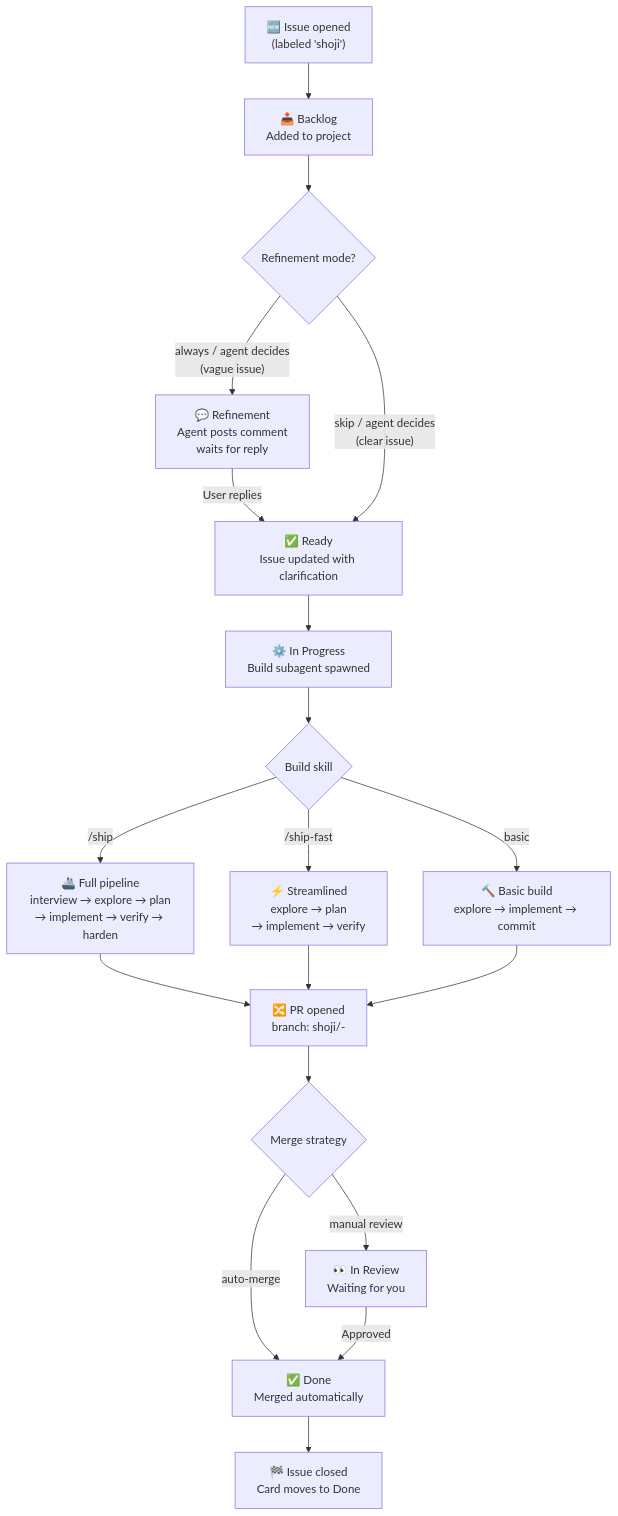
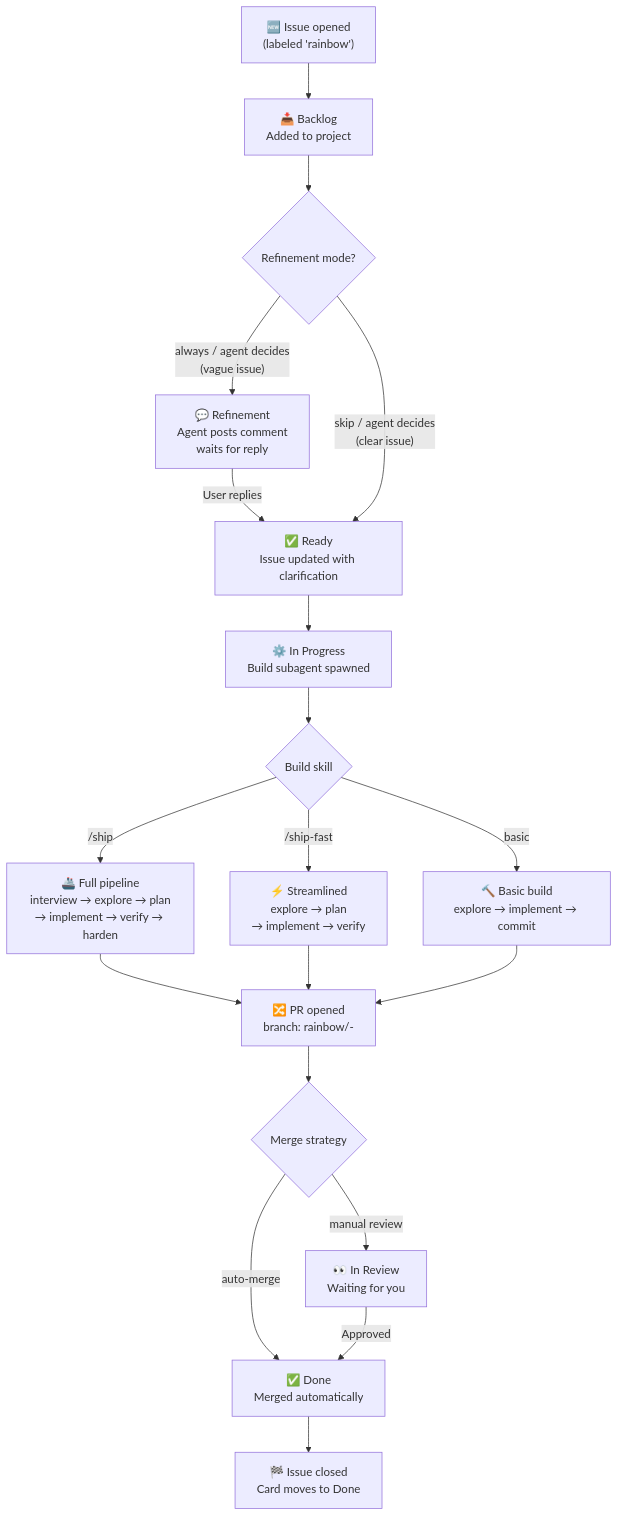
One commit to amajorai/rainbow.md changed the diagram in README.md. Above: the diagram before and after it, drawn with Mermaid. The commit also changed other lines of this file and 1 other file, not shown here.

Commit message:
feat: rename shoji to rainbow throughout

````diff
--- a/README.md
+++ b/README.md
@@ -93,19 +93,19 @@
 ```mermaid
 flowchart TD
-    A["🆕 Issue opened\n(labeled 'shoji')"] --> B["📥 Backlog\nAdded to project"]
+    A["🆕 Issue opened\n(labeled 'rainbow')"] --> B["📥 Backlog\nAdded to project"]
     B --> C{Refinement mode?}
     C -->|"always / agent decides\n(vague issue)"| D["💬 Refinement\nAgent posts comment\nwaits for reply"]
     D -->|"User replies"| E["✅ Ready\nIssue updated with clarification"]
     C -->|"skip / agent decides\n(clear issue)"| E
     E --> F["⚙️ In Progress\nBuild subagent spawned"]
     F --> G{Build skill}
     G -->|/ship| H["🚢 Full pipeline\ninterview → explore → plan\n→ implement → verify → harden"]
     G -->|/ship-fast| I["⚡ Streamlined\nexplore → plan\n→ implement → verify"]
     G -->|basic| J["🔨 Basic build\nexplore → implement → commit"]
-    H & I & J --> K["🔀 PR opened\nbranch: shoji/<issue>-<slug>"]
+    H & I & J --> K["🔀 PR opened\nbranch: rainbow/<issue>-<slug>"]
     K --> L{Merge strategy}
     L -->|"manual review"| M["👀 In Review\nWaiting for you"]
     L -->|"auto-merge"| N["✅ Done\nMerged automatically"]
     M -->|"Approved"| N
     N --> O["🏁 Issue closed\nCard moves to Done"]
 ```
````
